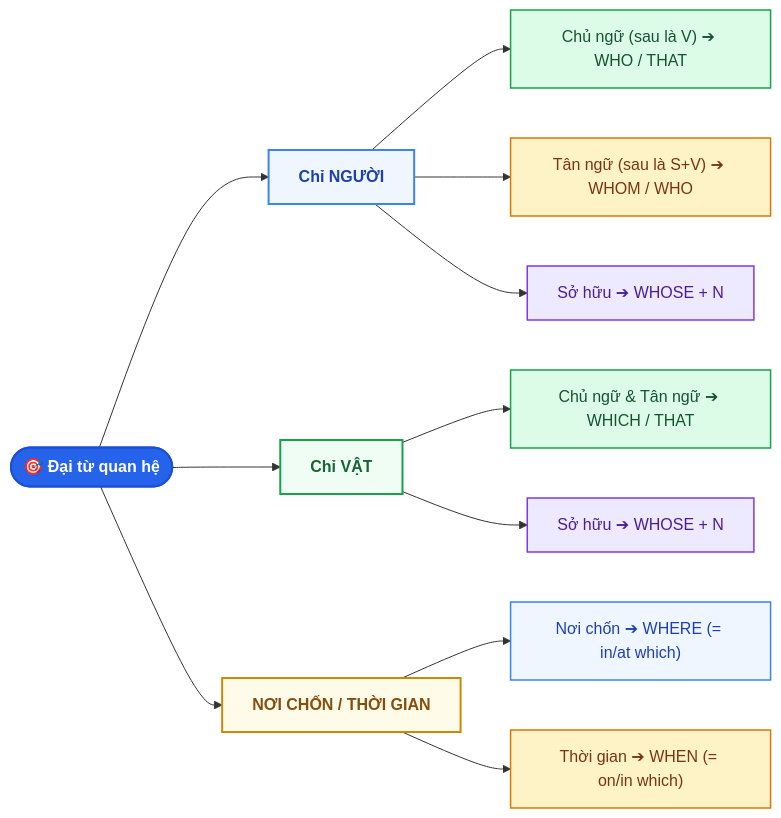
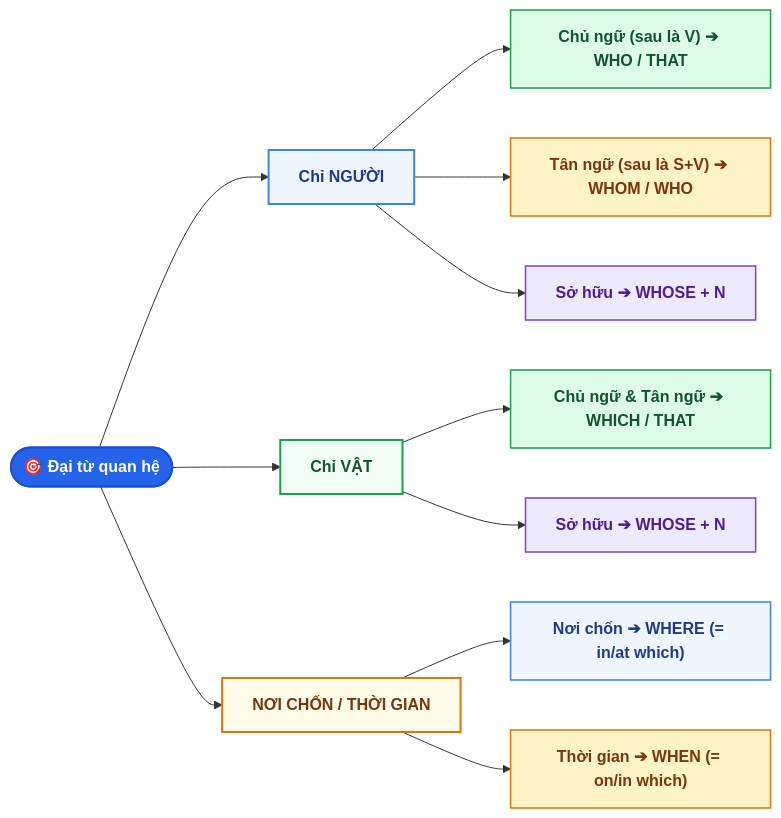
The diagram in EnglishDocs/docs/lessons/chuyen_de_2_menh_de_quan_he.md (tuankiet2510/Grade10Entrance), drawn with Mermaid before and after one commit. The commit also changed 14 other files, not shown here.

Commit message:
fix(ui): resolve Mermaid dark/light contrast issue across all English lessons

````diff
--- a/EnglishDocs/docs/lessons/chuyen_de_2_menh_de_quan_he.md
+++ b/EnglishDocs/docs/lessons/chuyen_de_2_menh_de_quan_he.md
@@ -10,28 +10,28 @@
 ```mermaid
 flowchart LR
     A(["🎯 Đại từ quan hệ"]) --> B["Chỉ NGƯỜI"]
     A --> C["Chỉ VẬT"]
     A --> D["NƠI CHỐN / THỜI GIAN"]
     
     B --> B1["Chủ ngữ (sau là V) ➔ WHO / THAT"]
     B --> B2["Tân ngữ (sau là S+V) ➔ WHOM / WHO"]
     B --> B3["Sở hữu ➔ WHOSE + N"]
     
     C --> C1["Chủ ngữ & Tân ngữ ➔ WHICH / THAT"]
     C --> C2["Sở hữu ➔ WHOSE + N"]
     
     D --> D1["Nơi chốn ➔ WHERE (= in/at which)"]
     D --> D2["Thời gian ➔ WHEN (= on/in which)"]
     
     style A fill:#2563eb,stroke:#1d4ed8,stroke-width:2px,color:#ffffff,font-weight:bold
-    style B fill:#eff6ff,stroke:#3b82f6,stroke-width:2px,color:#1e40af,font-weight:bold
-    style C fill:#f0fdf4,stroke:#16a34a,stroke-width:2px,color:#166534,font-weight:bold
-    style D fill:#fefce8,stroke:#ca8a04,stroke-width:2px,color:#854d0e,font-weight:bold
-    style B1 fill:#dcfce7,stroke:#16a34a,stroke-width:1.5px,color:#14532d
-    style B2 fill:#fef3c7,stroke:#d97706,stroke-width:1.5px,color:#78350f
-    style B3 fill:#ede9fe,stroke:#7c3aed,stroke-width:1.5px,color:#4c1d95
-    style C1 fill:#dcfce7,stroke:#16a34a,stroke-width:1.5px,color:#14532d
-    style C2 fill:#ede9fe,stroke:#7c3aed,stroke-width:1.5px,color:#4c1d95
-    style D1 fill:#eff6ff,stroke:#3b82f6,stroke-width:1.5px,color:#1e40af
-    style D2 fill:#fef3c7,stroke:#d97706,stroke-width:1.5px,color:#78350f
+    style B fill:#eff6ff,stroke:#3b82f6,stroke-width:2px,color:#1e3a8a,font-weight:bold
+    style C fill:#f0fdf4,stroke:#16a34a,stroke-width:2px,color:#14532d,font-weight:bold
+    style D fill:#fefce8,stroke:#d97706,stroke-width:2px,color:#78350f,font-weight:bold
+    style B1 fill:#dcfce7,stroke:#16a34a,stroke-width:1.5px,color:#14532d,font-weight:bold
+    style B2 fill:#fef3c7,stroke:#d97706,stroke-width:1.5px,color:#78350f,font-weight:bold
+    style B3 fill:#ede9fe,stroke:#7c3aed,stroke-width:1.5px,color:#4c1d95,font-weight:bold
+    style C1 fill:#dcfce7,stroke:#16a34a,stroke-width:1.5px,color:#14532d,font-weight:bold
+    style C2 fill:#ede9fe,stroke:#7c3aed,stroke-width:1.5px,color:#4c1d95,font-weight:bold
+    style D1 fill:#eff6ff,stroke:#3b82f6,stroke-width:1.5px,color:#1e3a8a,font-weight:bold
+    style D2 fill:#fef3c7,stroke:#d97706,stroke-width:1.5px,color:#78350f,font-weight:bold
 ```
````
